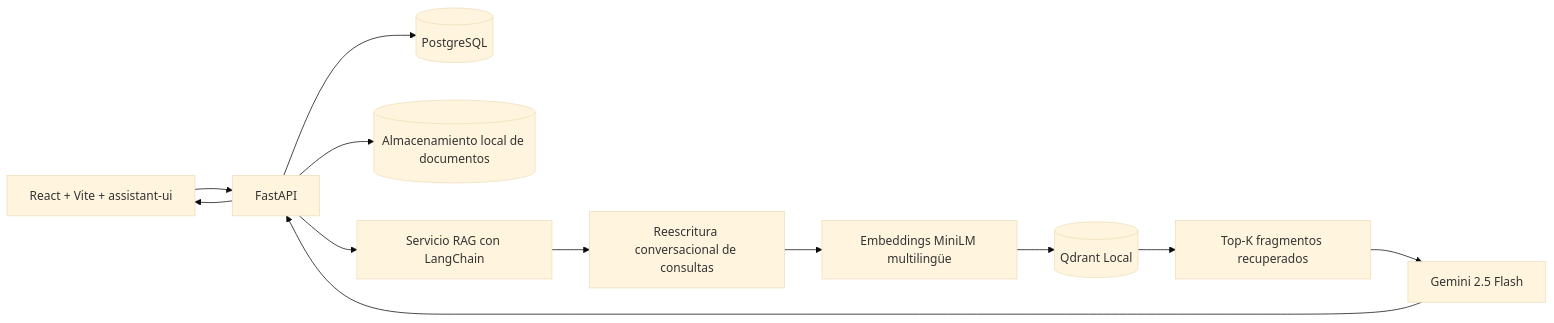
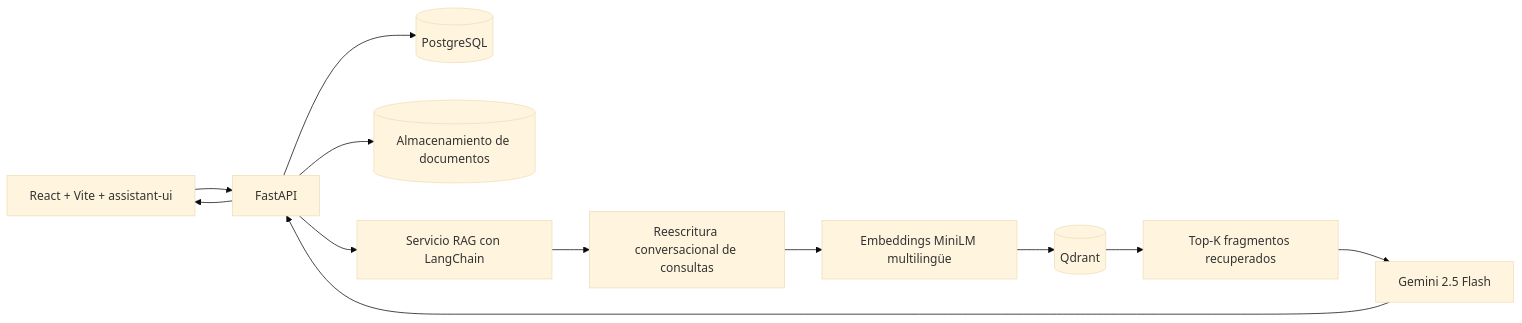
One commit to JohanMV/enterprise-rag-assistant changed the second of 4 diagrams in README.es.md. Above: the diagram before and after it, drawn with Mermaid (base theme). The commit also changed other lines of this file, not shown here.

Commit message:
docs: expand and update Spanish README with badges, pipeline details, and architecture overview

````diff
--- a/README.es.md
+++ b/README.es.md
@@ -70,14 +169,14 @@
 ```mermaid
 flowchart LR
     UI[React + Vite + assistant-ui] --> API[FastAPI]
     API --> PG[(PostgreSQL)]
-    API --> FS[(Almacenamiento local de documentos)]
+    API --> FS[(Almacenamiento de documentos)]
     API --> RAG[Servicio RAG con LangChain]
     RAG --> REWRITE[Reescritura conversacional de consultas]
     REWRITE --> EMB[Embeddings MiniLM multilingüe]
-    EMB --> QD[(Qdrant Local)]
+    EMB --> QD[(Qdrant)]
     QD --> RET[Top-K fragmentos recuperados]
     RET --> LLM[Gemini 2.5 Flash]
     LLM --> API
     API --> UI
 ```
````
